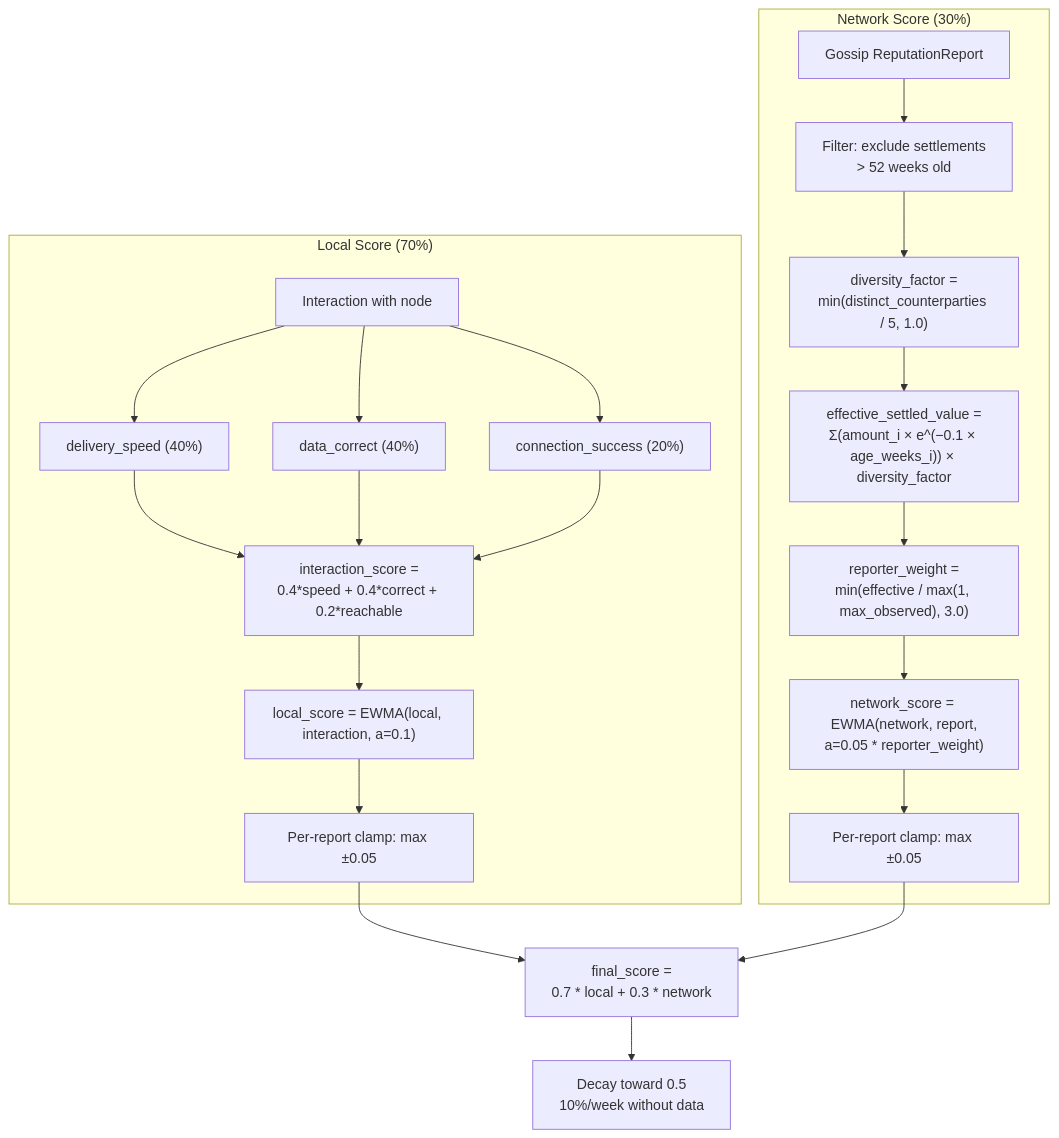
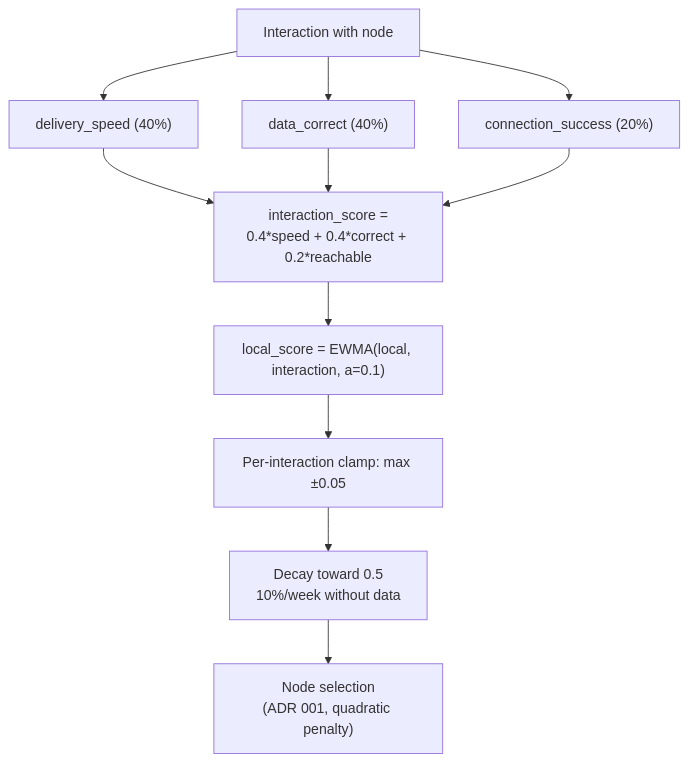
The diagram in adr/008-reputation.md (decdn/decdn), drawn with Mermaid before and after one commit. The commit also changed other lines of this file and 55 other files, not shown here.

First line of the commit message:
refactor(reputation)!: drop the network/gossip tier, keep local-only scoring (#1418)

````diff
--- a/adr/008-reputation.md
+++ b/adr/008-reputation.md
@@ -130,27 +87,13 @@
 ```mermaid
 flowchart TD
-    subgraph Local["Local Score (70%)"]
-        I[Interaction with node] --> M1["delivery_speed (40%)"]
-        I --> M2["data_correct (40%)"]
-        I --> M3["connection_success (20%)"]
-        M1 --> IS["interaction_score =<br/>0.4*speed + 0.4*correct + 0.2*reachable"]
-        M2 --> IS
-        M3 --> IS
-        IS --> EWMA1["local_score = EWMA(local, interaction, a=0.1)"]
-        EWMA1 --> CLAMP1["Per-report clamp: max ±0.05"]
-    end
-
-    subgraph Network["Network Score (30%)"]
-        GR[Gossip ReputationReport] --> FILT["Filter: exclude settlements<br/>> 52 weeks old"]
-        FILT --> DC["diversity_factor =<br/>min(distinct_counterparties / 5, 1.0)"]
-        DC --> TD["effective_settled_value =<br/>Σ(amount_i × e^(−0.1 × age_weeks_i)) × diversity_factor"]
-        TD --> RW["reporter_weight =<br/>min(effective / max(1, max_observed), 3.0)"]
-        RW --> EWMA2["network_score = EWMA(network, report,<br/>a=0.05 * reporter_weight)"]
-        EWMA2 --> CLAMP2["Per-report clamp: max ±0.05"]
-    end
-
-    CLAMP1 --> FINAL["final_score =<br/>0.7 * local + 0.3 * network"]
-    CLAMP2 --> FINAL
-
-    FINAL --> DECAY["Decay toward 0.5<br/>10%/week without data"]
+    I[Interaction with node] --> M1["delivery_speed (40%)"]
+    I --> M2["data_correct (40%)"]
+    I --> M3["connection_success (20%)"]
+    M1 --> IS["interaction_score =<br/>0.4*speed + 0.4*correct + 0.2*reachable"]
+    M2 --> IS
+    M3 --> IS
+    IS --> EWMA1["local_score = EWMA(local, interaction, a=0.1)"]
+    EWMA1 --> CLAMP1["Per-interaction clamp: max ±0.05"]
+    CLAMP1 --> DECAY["Decay toward 0.5<br/>10%/week without data"]
+    DECAY --> SEL["Node selection<br/>(ADR 001, quadratic penalty)"]
 ```
````
